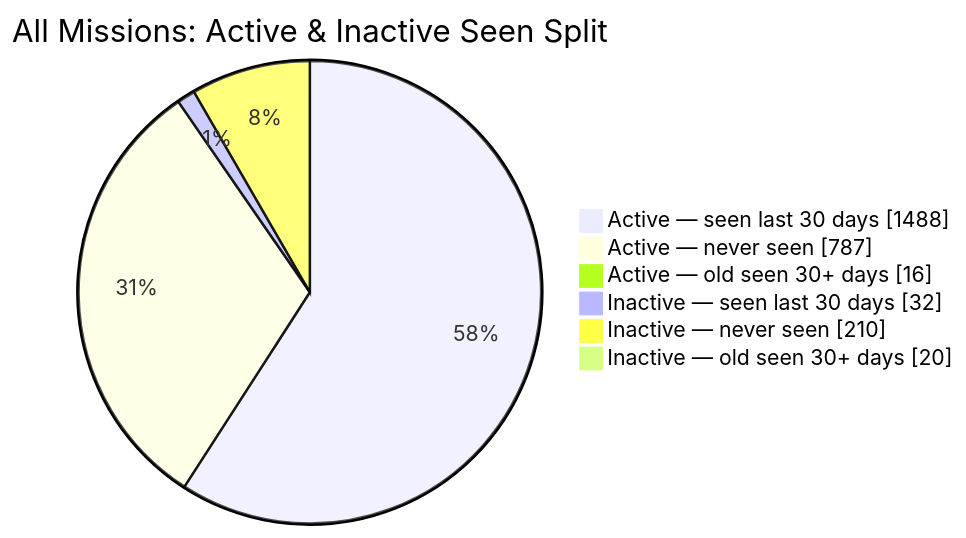
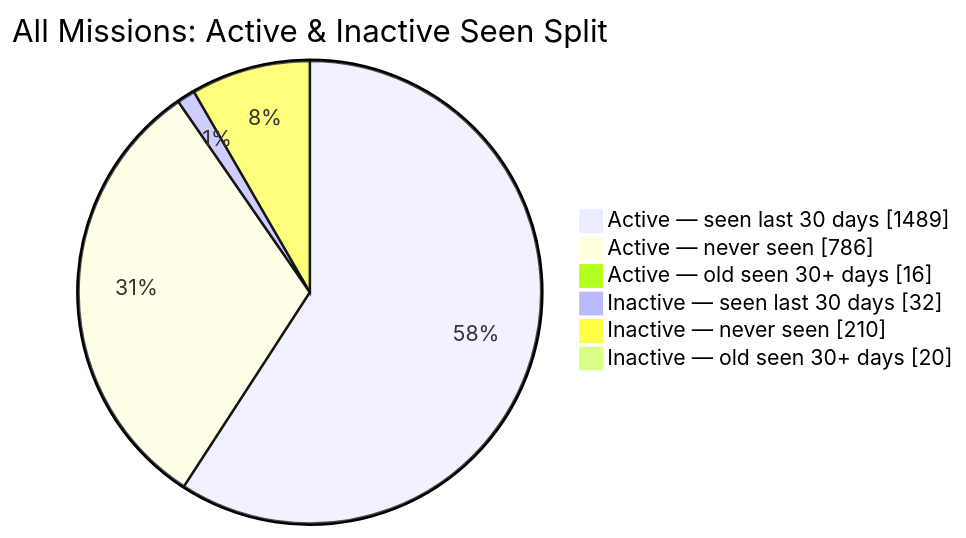
The second of 2 diagrams in README.md (MeldkamerspelGameTeam/active-missions), drawn with Mermaid before and after one commit. The commit also changed other lines of this file and 2 other files, not shown here.

````diff
--- a/README.md
+++ b/README.md
@@ -44,10 +44,10 @@
 ```mermaid
 pie showData
     title All Missions: Active & Inactive Seen Split
-    "Active — seen last 30 days" : 1488
-    "Active — never seen" : 787
+    "Active — seen last 30 days" : 1489
+    "Active — never seen" : 786
     "Active — old seen 30+ days" : 16
     "Inactive — seen last 30 days" : 32
     "Inactive — never seen" : 210
     "Inactive — old seen 30+ days" : 20
 ```
````
